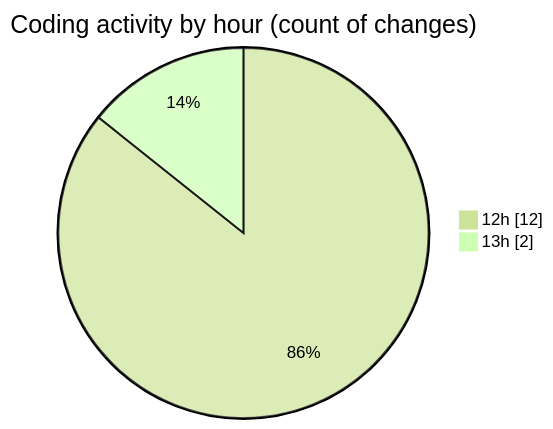
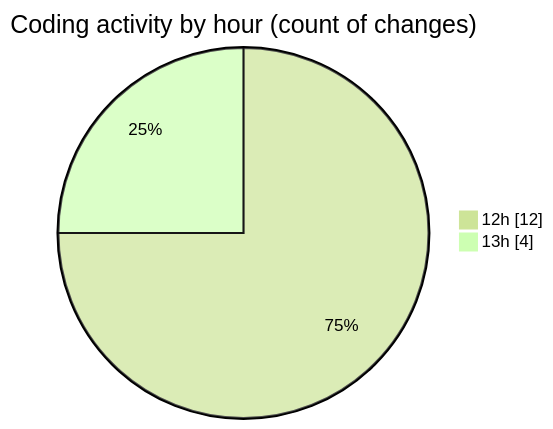
Before and after one commit to ricardozamudiocil/code-tracking: the second of 2 diagrams in 2026-09-08/cilapp/README.md, drawn with Mermaid (forest theme). The commit also changed other lines of this file and 1 other file, not shown here.

````diff
--- a/2026-09-08/cilapp/README.md
+++ b/2026-09-08/cilapp/README.md
@@ -30,6 +30,6 @@
 ```mermaid
 pie showData
 title Coding activity by hour (count of changes)
 "12h" : 12
-"13h" : 2
+"13h" : 4
 ```
````
